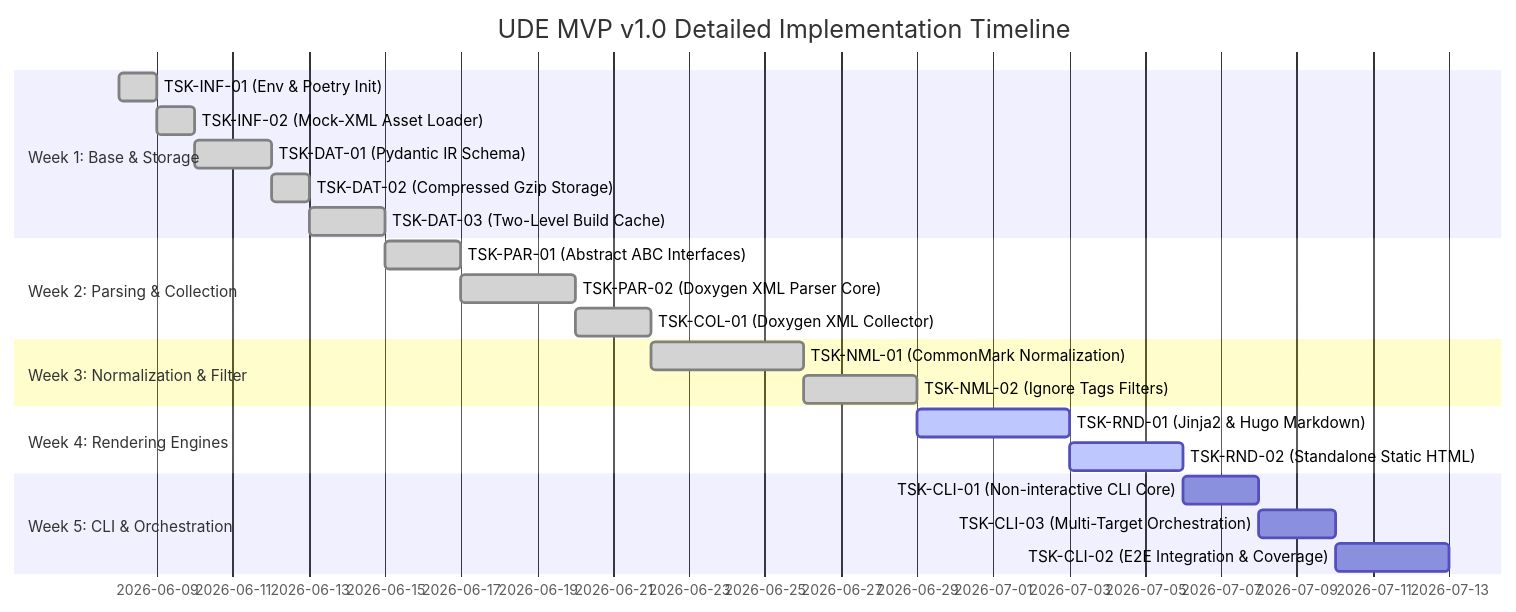
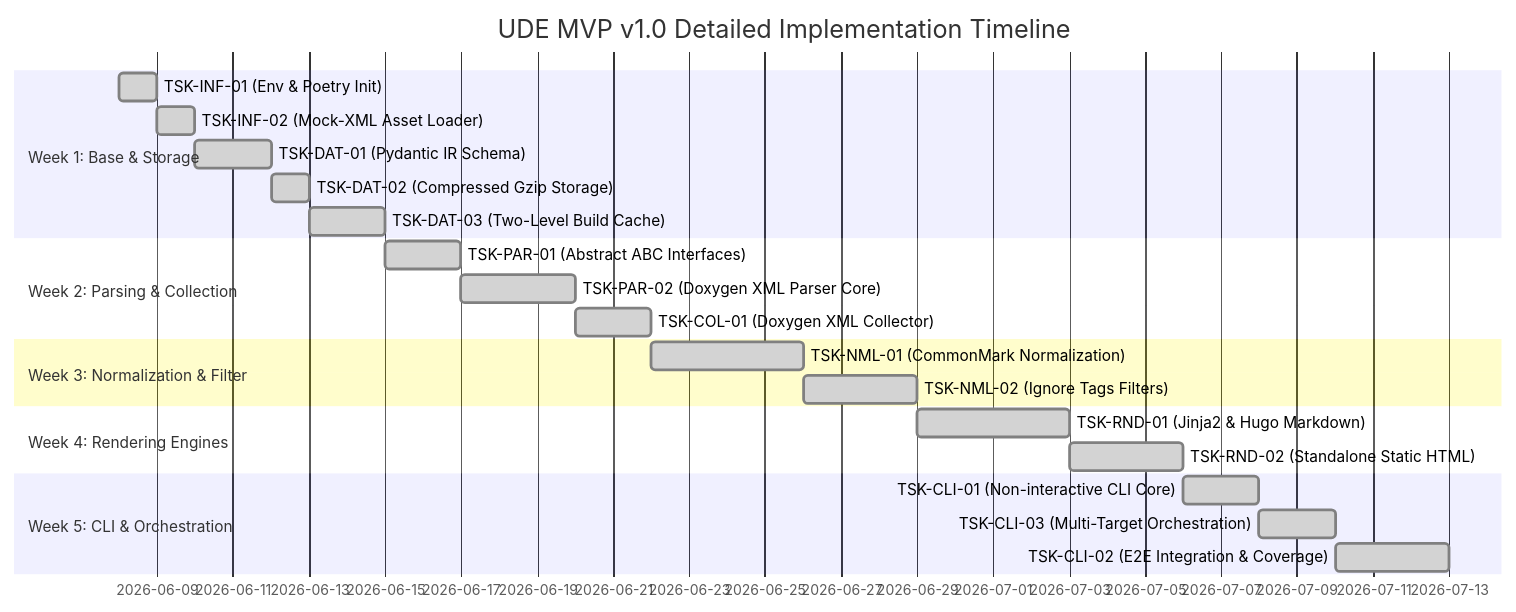
Before and after one commit to Sir-Derryk/Pipeline: the diagram in .antigravitycli/active_plan.md, drawn with Mermaid. The commit also changed other lines of this file and 1 other file, not shown here.

Commit message:
chore(submodules): update submodules and project status for TSK-CLI-02

````diff
--- a/.antigravitycli/active_plan.md
+++ b/.antigravitycli/active_plan.md
@@ -14,25 +14,25 @@
 ```mermaid
 gantt
     title UDE MVP v1.0 Detailed Implementation Timeline
     dateFormat  YYYY-MM-DD
     section Week 1: Base & Storage
     TSK-INF-01 (Env & Poetry Init)       :done, t1, 2026-06-08, 1d
     TSK-INF-02 (Mock-XML Asset Loader)   :done, t2, after t1, 1d
     TSK-DAT-01 (Pydantic IR Schema)      :done, t3, after t2, 2d
     TSK-DAT-02 (Compressed Gzip Storage) :done, t4, after t3, 1d
     TSK-DAT-03 (Two-Level Build Cache)   :done, t5, after t4, 2d
     section Week 2: Parsing & Collection
     TSK-PAR-01 (Abstract ABC Interfaces) :done, t6, after t5, 2d
     TSK-PAR-02 (Doxygen XML Parser Core) :done, t7, after t6, 3d
     TSK-COL-01 (Doxygen XML Collector)   :done, t8, after t7, 2d
     section Week 3: Normalization & Filter
     TSK-NML-01 (CommonMark Normalization):done, t9, after t8, 4d
     TSK-NML-02 (Ignore Tags Filters)     :done, t10, after t9, 3d
     section Week 4: Rendering Engines
-    TSK-RND-01 (Jinja2 & Hugo Markdown)  :active, t11, after t10, 4d
-    TSK-RND-02 (Standalone Static HTML)  :active, t12, after t11, 3d
+    TSK-RND-01 (Jinja2 & Hugo Markdown)  :done, t11, after t10, 4d
+    TSK-RND-02 (Standalone Static HTML)  :done, t12, after t11, 3d
     section Week 5: CLI & Orchestration
-    TSK-CLI-01 (Non-interactive CLI Core):t13, after t12, 2d
-    TSK-CLI-03 (Multi-Target Orchestration):t14, after t13, 2d
-    TSK-CLI-02 (E2E Integration & Coverage):t15, after t14, 3d
+    TSK-CLI-01 (Non-interactive CLI Core):done, t13, after t12, 2d
+    TSK-CLI-03 (Multi-Target Orchestration):done, t14, after t13, 2d
+    TSK-CLI-02 (E2E Integration & Coverage):done, t15, after t14, 3d
 ```
````
